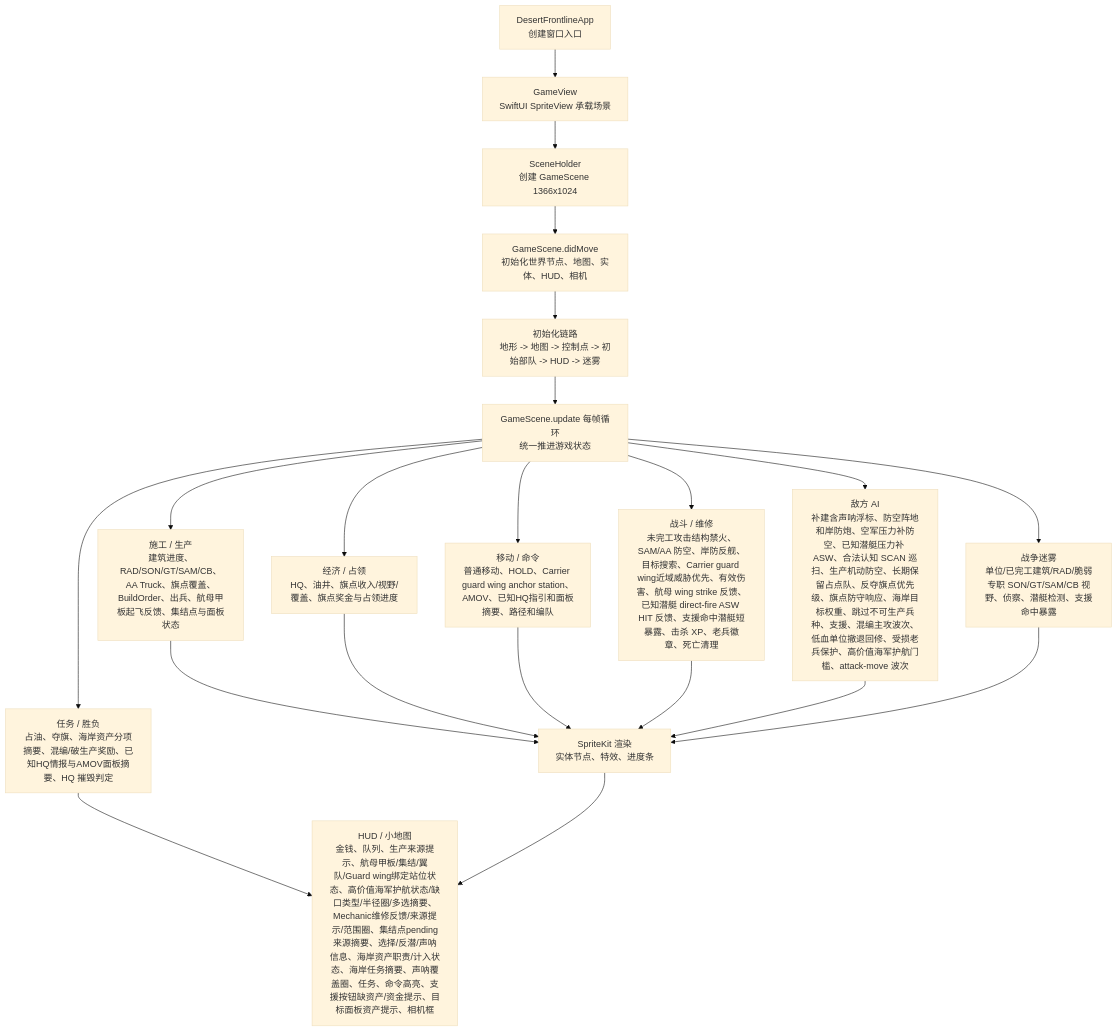
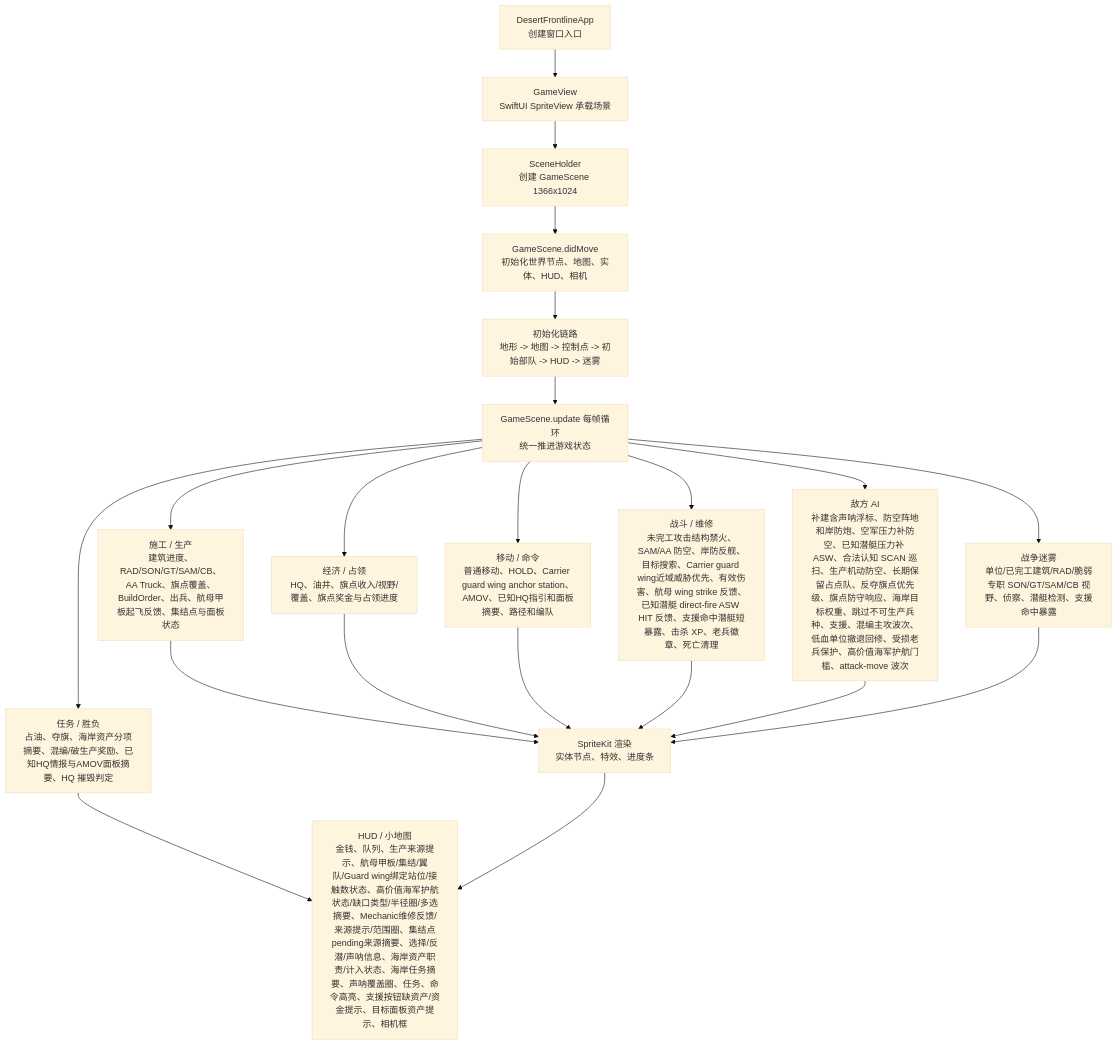
One commit to Altman-sam114/1145 changed the first of 3 diagrams in md/flow/flowchart.md. Above: the diagram before and after it, drawn with Mermaid (base theme). The commit also changed other lines of this file and 4 other files, not shown here.

````diff
--- a/md/flow/flowchart.md
+++ b/md/flow/flowchart.md
@@ -9,23 +9,23 @@
 ```mermaid
 flowchart TD
   App["DesertFrontlineApp\n创建窗口入口"] --> View["GameView\nSwiftUI SpriteView 承载场景"]
   View --> Holder["SceneHolder\n创建 GameScene 1366x1024"]
   Holder --> Scene["GameScene.didMove\n初始化世界节点、地图、实体、HUD、相机"]
   Scene --> Init["初始化链路\n地形 -> 地图 -> 控制点 -> 初始部队 -> HUD -> 迷雾"]
   Init --> Loop["GameScene.update 每帧循环\n统一推进游戏状态"]
   Loop --> Build["施工 / 生产\n建筑进度、RAD/SON/GT/SAM/CB、AA Truck、旗点覆盖、BuildOrder、出兵、航母甲板起飞反馈、集结点与面板状态"]
   Loop --> Economy["经济 / 占领\nHQ、油井、旗点收入/视野/覆盖、旗点奖金与占领进度"]
   Loop --> Commands["移动 / 命令\n普通移动、HOLD、Carrier guard wing anchor station、AMOV、已知HQ指引和面板摘要、路径和编队"]
   Loop --> Combat["战斗 / 维修\n未完工攻击结构禁火、SAM/AA 防空、岸防反舰、目标搜索、Carrier guard wing近域威胁优先、有效伤害、航母 wing strike 反馈、已知潜艇 direct-fire ASW HIT 反馈、支援命中潜艇短暴露、击杀 XP、老兵徽章、死亡清理"]
   Loop --> AI["敌方 AI\n补建含声呐浮标、防空阵地和岸防炮、空军压力补防空、已知潜艇压力补 ASW、合法认知 SCAN 巡扫、生产机动防空、长期保留占点队、反夺旗点优先级、旗点防守响应、海岸目标权重、跳过不可生产兵种、支援、混编主攻波次、低血单位撤退回修、受损老兵保护、高价值海军护航门槛、attack-move 波次"]
   Loop --> Fog["战争迷雾\n单位/已完工建筑/RAD/脆弱专职 SON/GT/SAM/CB 视野、侦察、潜艇检测、支援命中暴露"]
   Loop --> Mission["任务 / 胜负\n占油、夺旗、海岸资产分项摘要、混编/破生产奖励、已知HQ情报与AMOV面板摘要、HQ 摧毁判定"]
   Build --> Render["SpriteKit 渲染\n实体节点、特效、进度条"]
   Economy --> Render
   Commands --> Render
   Combat --> Render
   AI --> Render
   Fog --> Render
-  Mission --> HUD["HUD / 小地图\n金钱、队列、生产来源提示、航母甲板/集结/翼队/Guard wing绑定站位状态、高价值海军护航状态/缺口类型/半径圈/多选摘要、Mechanic维修反馈/来源提示/范围圈、集结点pending来源摘要、选择/反潜/声呐信息、海岸资产职责/计入状态、海岸任务摘要、声呐覆盖圈、任务、命令高亮、支援按钮缺资产/资金提示、目标面板资产提示、相机框"]
+  Mission --> HUD["HUD / 小地图\n金钱、队列、生产来源提示、航母甲板/集结/翼队/Guard wing绑定站位/接触数状态、高价值海军护航状态/缺口类型/半径圈/多选摘要、Mechanic维修反馈/来源提示/范围圈、集结点pending来源摘要、选择/反潜/声呐信息、海岸资产职责/计入状态、海岸任务摘要、声呐覆盖圈、任务、命令高亮、支援按钮缺资产/资金提示、目标面板资产提示、相机框"]
   Render --> HUD
 ```
````
